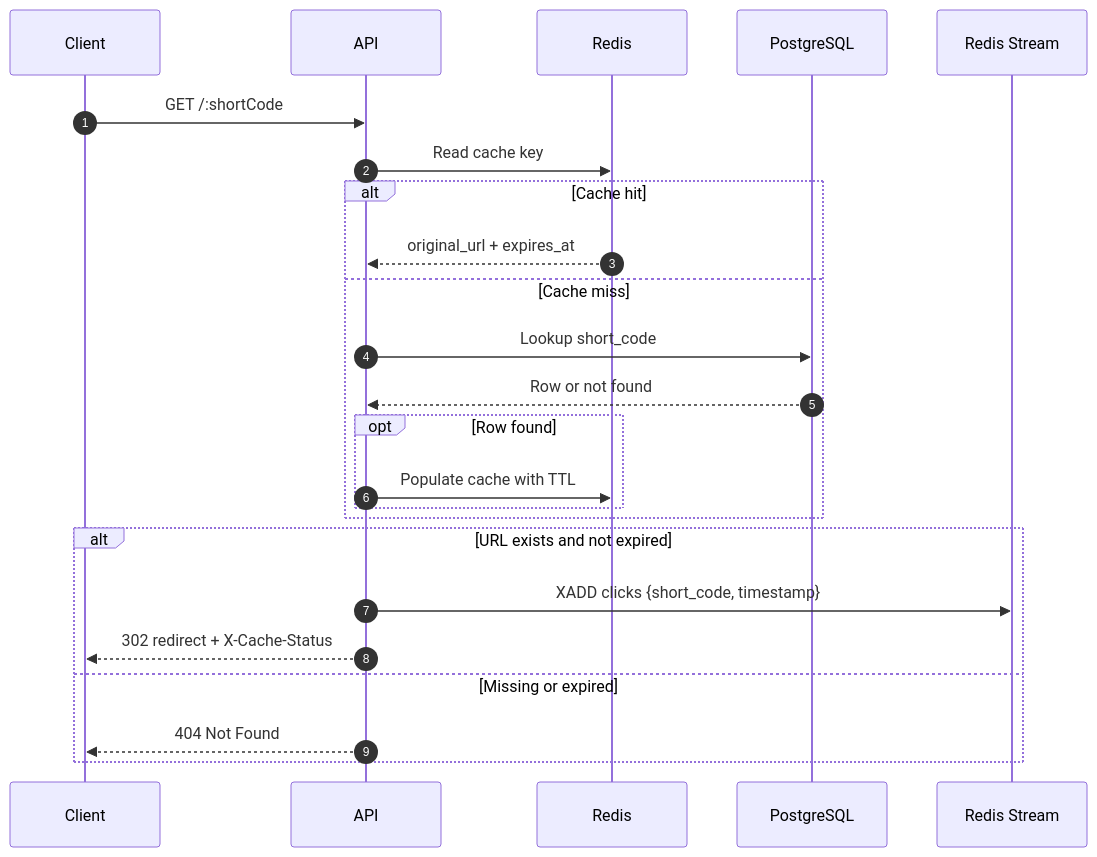
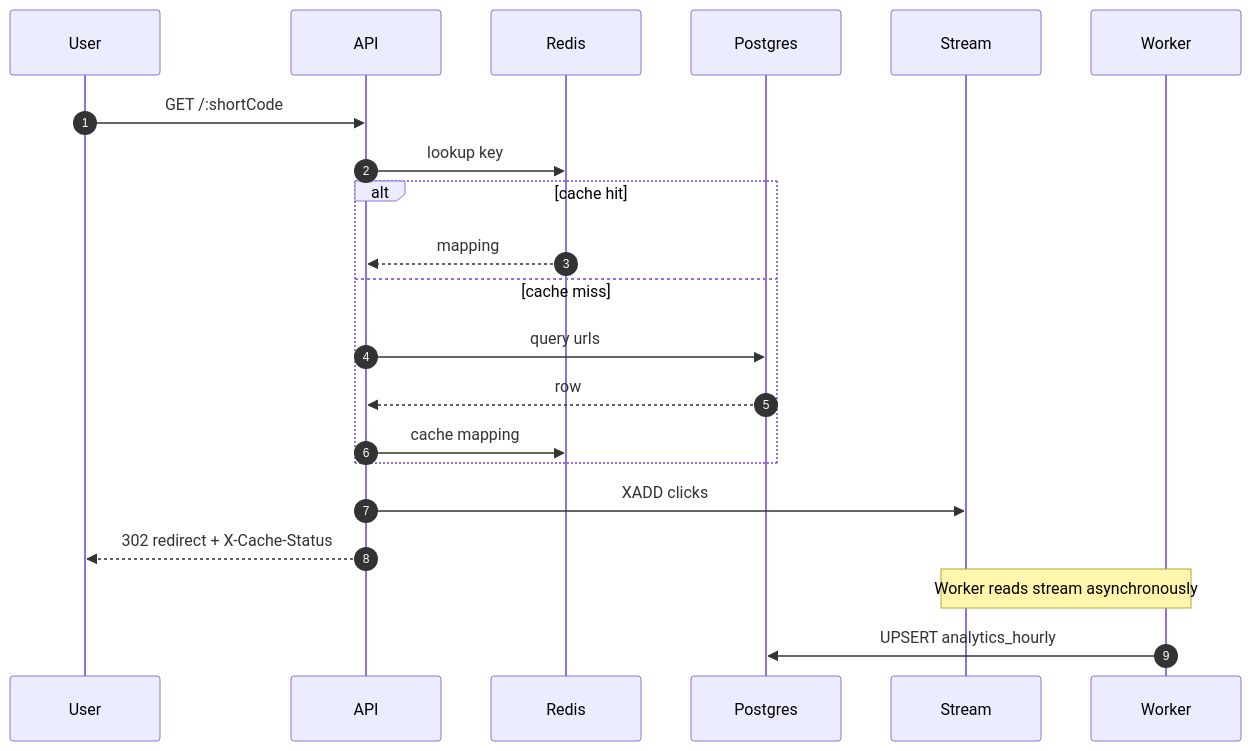
One commit to ramalokeshreddyp/distributed-url-shortener changed the second of 2 diagrams in README.md. Above: the diagram before and after it, drawn with Mermaid. The commit also changed other lines of this file and 6 other files, not shown here.

Commit message:
docs: update README, architecture, projectdocumentation; add answers.md; update BENCHMARK

````diff
--- a/README.md
+++ b/README.md
@@ -35,27 +51,25 @@
 ```mermaid
 sequenceDiagram
   autonumber
-  participant C as Client
+  participant U as User
   participant A as API
   participant R as Redis
-  participant P as PostgreSQL
-  participant S as Redis Stream
+  participant P as Postgres
+  participant S as Stream
+  participant W as Worker
 
-  C->>A: GET /:shortCode
-  A->>R: Read cache key
-  alt Cache hit
-    R-->>A: original_url + expires_at
-  else Cache miss
-    A->>P: Lookup short_code
-    P-->>A: Row or not found
-    opt Row found
-      A->>R: Populate cache with TTL
-    end
+  U->>A: GET /:shortCode
+  A->>R: lookup key
+  alt cache hit
+    R-->>A: mapping
+  else cache miss
+    A->>P: query urls
+    P-->>A: row
+    A->>R: cache mapping
   end
-  alt URL exists and not expired
-    A->>S: XADD clicks {short_code, timestamp}
-    A-->>C: 302 redirect + X-Cache-Status
-  else Missing or expired
-    A-->>C: 404 Not Found
-  end
+  A->>S: XADD clicks
+  A-->>U: 302 redirect + X-Cache-Status
+
+  Note over S,W: Worker reads stream asynchronously
+  W->>P: UPSERT analytics_hourly
 ```
````
